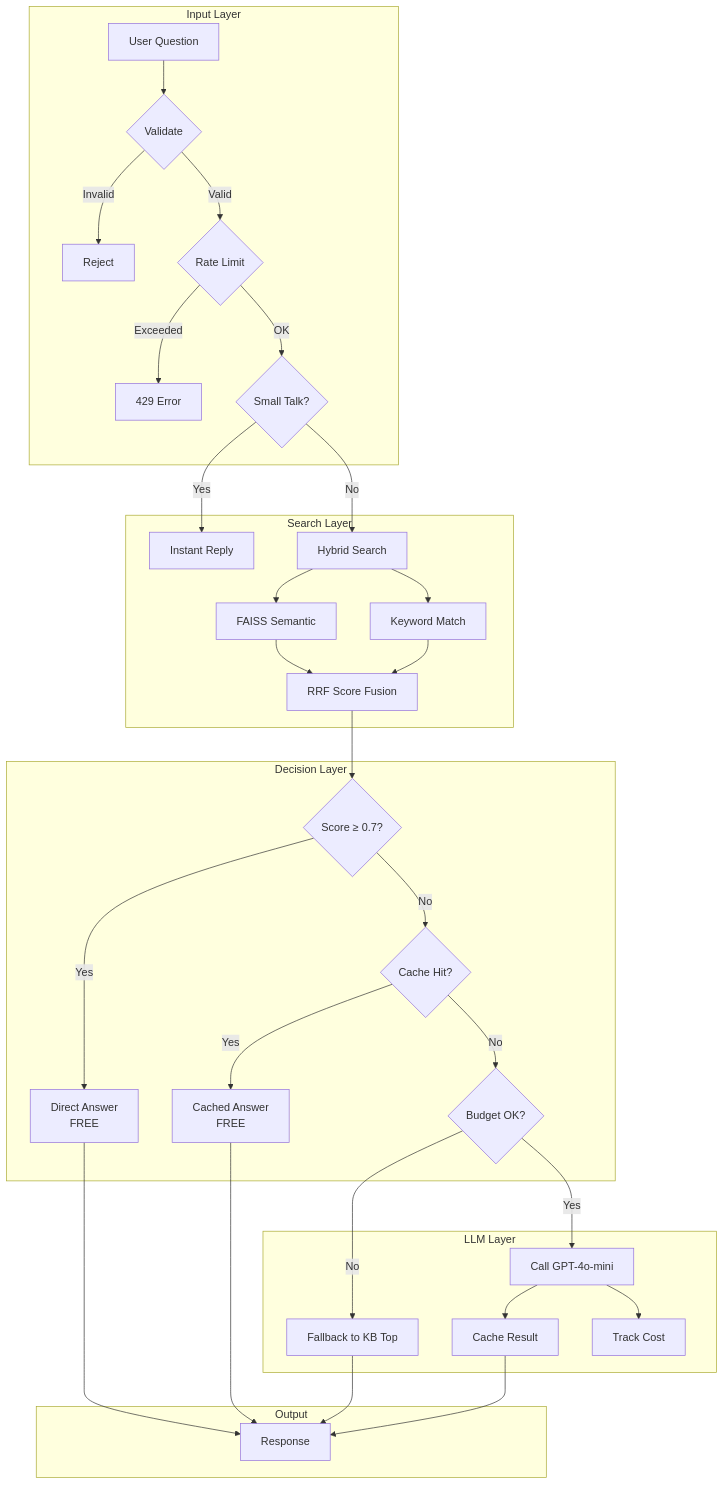
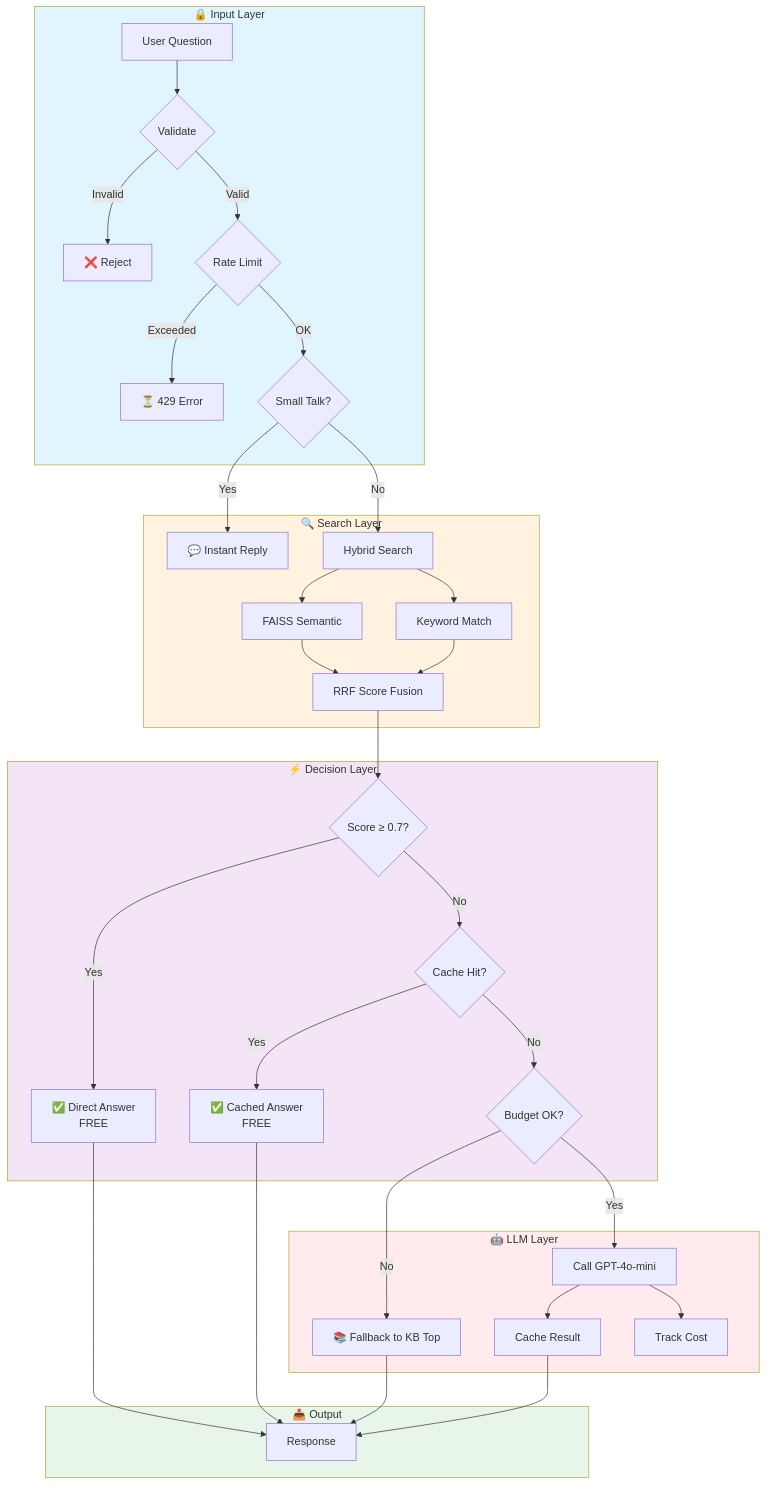
One commit to Jedsadha1777/workflow changed the diagram in faqbot/README.md. Above: the diagram before and after it, drawn with Mermaid. The commit also changed other lines of this file, not shown here.

````diff
--- a/faqbot/README.md
+++ b/faqbot/README.md
@@ -30,42 +30,47 @@
 ```mermaid
 flowchart TD
-    subgraph Input["Input Layer"]
+    subgraph Input["🔒 Input Layer"]
         A[User Question] --> B{Validate}
-        B -->|Invalid| B1[Reject]
+        B -->|Invalid| B1[❌ Reject]
         B -->|Valid| C{Rate Limit}
-        C -->|Exceeded| C1[429 Error]
+        C -->|Exceeded| C1[⏳ 429 Error]
         C -->|OK| D{Small Talk?}
     end
 
-    subgraph Search["Search Layer"]
-        D -->|Yes| D1[Instant Reply]
+    subgraph Search["🔍 Search Layer"]
+        D -->|Yes| D1[💬 Instant Reply]
         D -->|No| E[Hybrid Search]
         E --> F[FAISS Semantic]
         E --> G[Keyword Match]
         F --> H[RRF Score Fusion]
         G --> H
     end
 
-    subgraph Decision["Decision Layer"]
+    subgraph Decision["⚡ Decision Layer"]
         H --> I{Score ≥ 0.7?}
-        I -->|Yes| J[Direct Answer<br/>FREE]
+        I -->|Yes| J[✅ Direct Answer<br/>FREE]
         I -->|No| K{Cache Hit?}
-        K -->|Yes| L[Cached Answer<br/>FREE]
+        K -->|Yes| L[✅ Cached Answer<br/>FREE]
         K -->|No| M{Budget OK?}
     end
 
-    subgraph LLM["LLM Layer"]
-        M -->|No| N[Fallback to KB Top]
+    subgraph LLM["🤖 LLM Layer"]
+        M -->|No| N[📚 Fallback to KB Top]
         M -->|Yes| O[Call GPT-4o-mini]
         O --> P[Cache Result]
         O --> Q[Track Cost]
     end
 
-    subgraph Output["Output"]
+    subgraph Output["📤 Output"]
         J --> R[Response]
         L --> R
         N --> R
         P --> R
     end
 
+    style Input fill:#e1f5fe
+    style Search fill:#fff3e0
+    style Decision fill:#f3e5f5
+    style LLM fill:#ffebee
+    style Output fill:#e8f5e9
 ```
````
